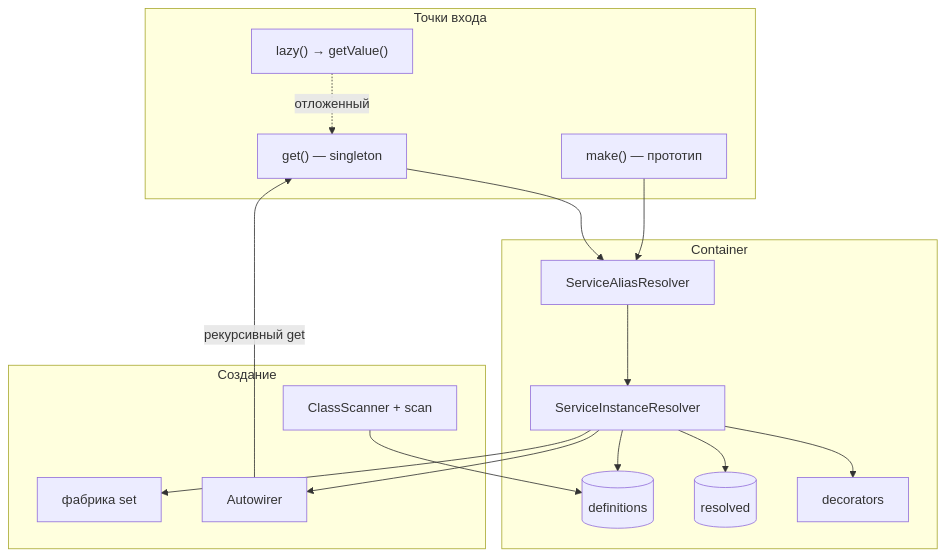
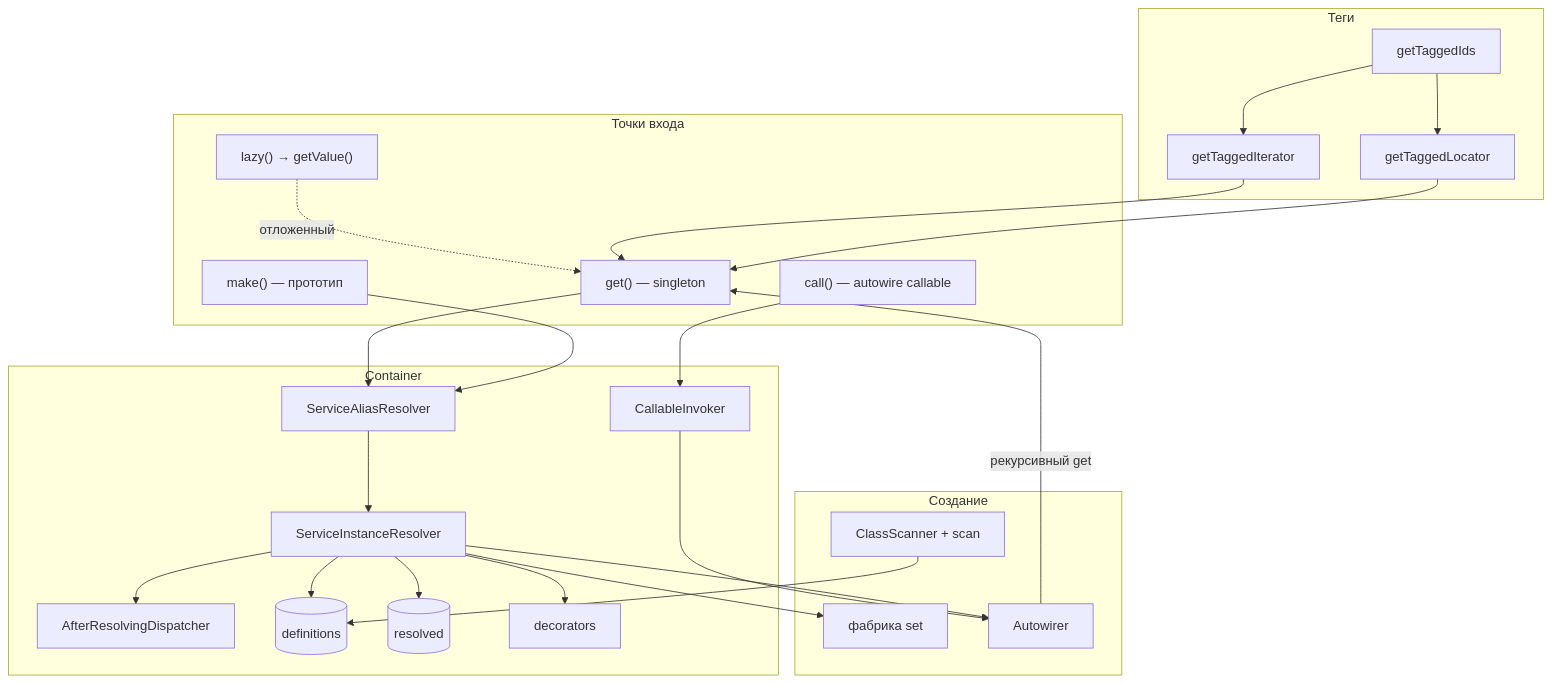
The diagram in README.md (cloudcastle-apps/di), drawn with Mermaid before and after one commit. The commit also changed other lines of this file and 40 other files, not shown here.

First line of the commit message:
feat: реализовать v1.3.0 — call, bind, afterResolving, tagged API

````diff
--- a/README.md
+++ b/README.md
@@ -33,34 +35,50 @@
 ```mermaid
 flowchart TB
     subgraph entry [Точки входа]
         GET["get() — singleton"]
         MAKE["make() — прототип"]
+        CALL["call() — autowire callable"]
         LAZY["lazy() → getValue()"]
     end
 
     subgraph container [Container]
         ALIAS[ServiceAliasResolver]
         RESOLVE[ServiceInstanceResolver]
+        HOOKS[AfterResolvingDispatcher]
+        INVOKER[CallableInvoker]
         DEF[(definitions)]
         CACHE[(resolved)]
         DECO[decorators]
     end
 
     subgraph create [Создание]
         FACTORY[фабрика set]
         AUTO[Autowirer]
         SCAN[ClassScanner + scan]
     end
 
+    subgraph tags [Теги]
+        TAG_IDS[getTaggedIds]
+        TAG_ITER[getTaggedIterator]
+        TAG_LOC[getTaggedLocator]
+    end
+
     GET --> ALIAS
     MAKE --> ALIAS
+    CALL --> INVOKER
+    INVOKER --> AUTO
     ALIAS --> RESOLVE
     RESOLVE --> CACHE
     RESOLVE --> DEF
     RESOLVE --> FACTORY
     RESOLVE --> AUTO
     RESOLVE --> DECO
+    RESOLVE --> HOOKS
     SCAN --> DEF
     LAZY -.->|отложенный| GET
     AUTO -->|рекурсивный get| GET
+    TAG_IDS --> TAG_ITER
+    TAG_IDS --> TAG_LOC
+    TAG_ITER --> GET
+    TAG_LOC --> GET
 ```
````
